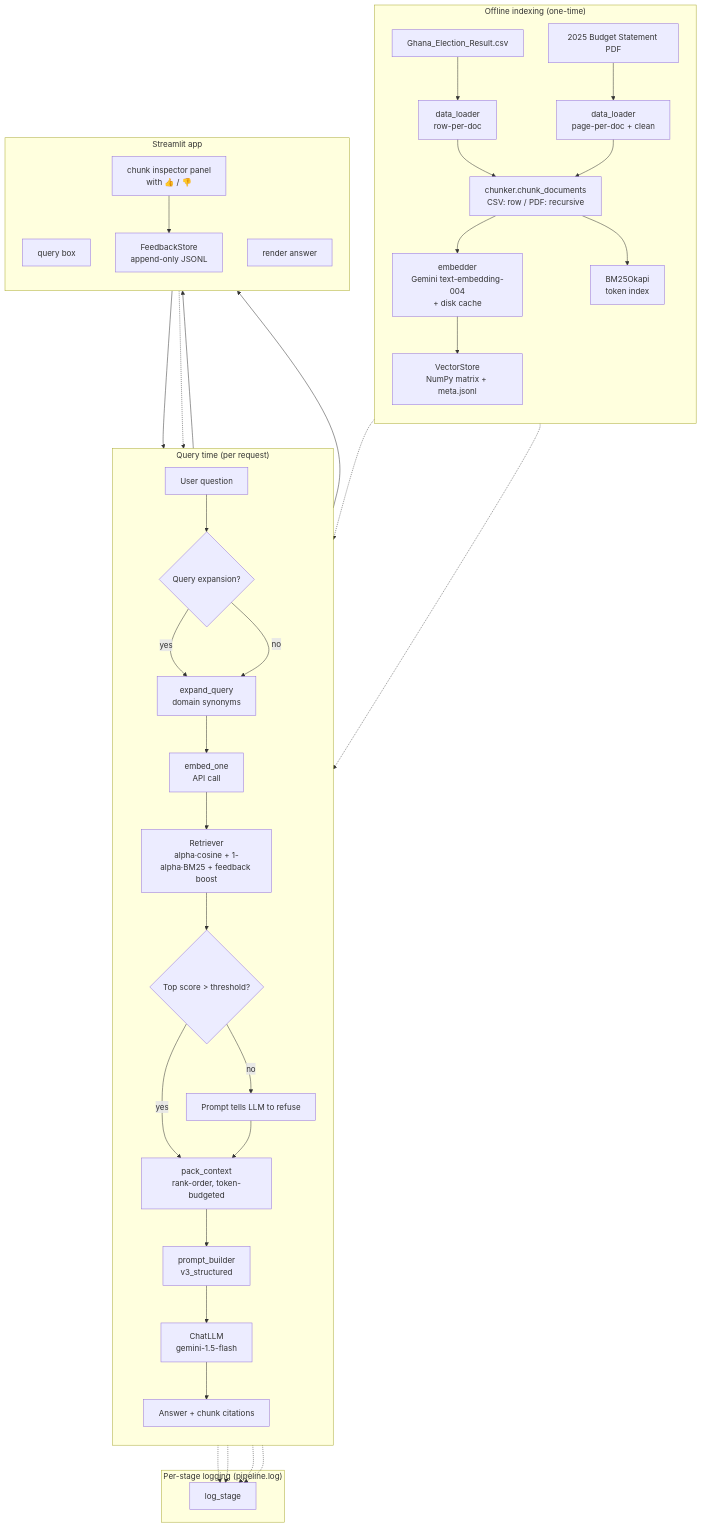
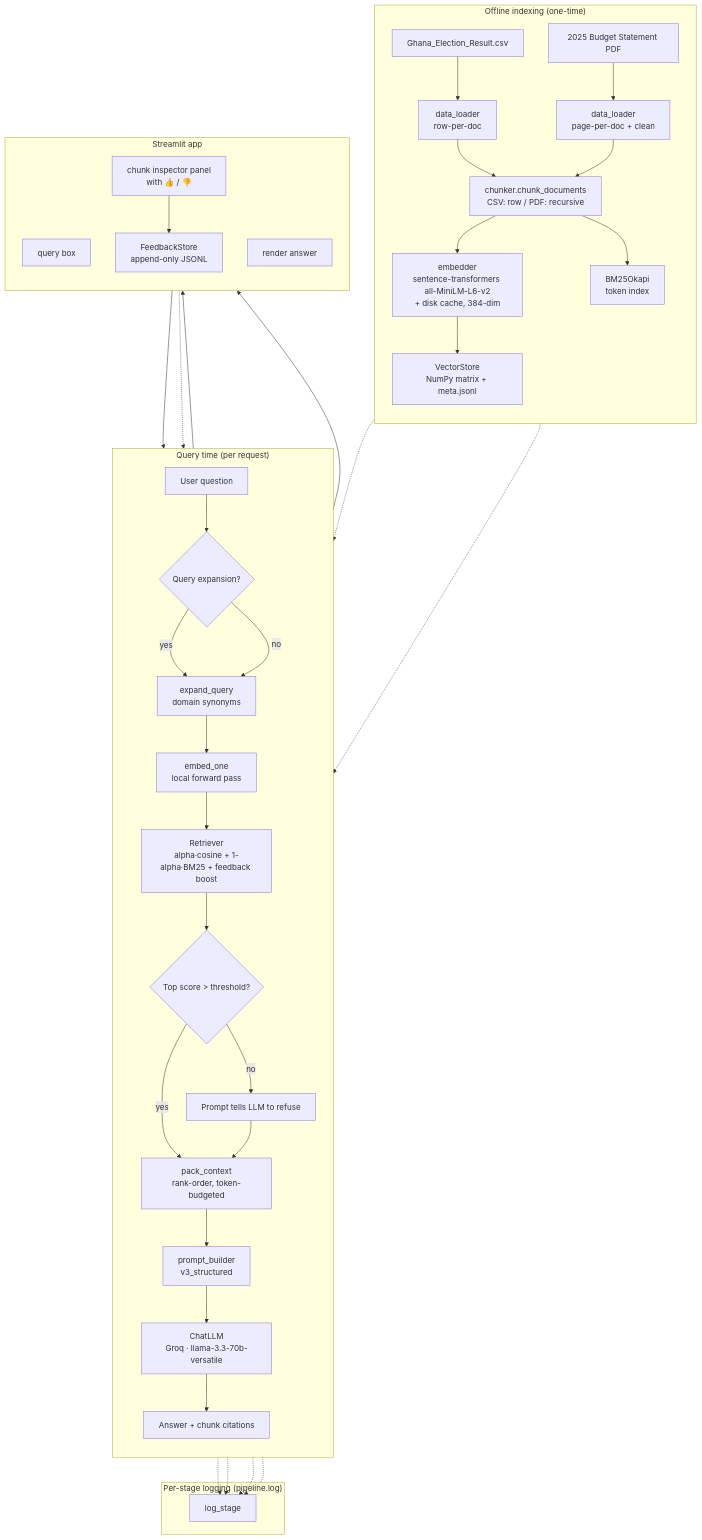
Before and after one commit to andrewkwakye/ai_10012300027: the diagram in docs/architecture.md, drawn with Mermaid. The commit also changed other lines of this file and 8 other files, not shown here.

Commit message:
Update README + docs for Groq + sentence-transformers stack

````diff
--- a/docs/architecture.md
+++ b/docs/architecture.md
@@ -11,47 +11,47 @@
 ```mermaid
 flowchart TB
     subgraph ING["Offline indexing (one-time)"]
         direction TB
         A1[Ghana_Election_Result.csv] --> B1[data_loader<br/>row-per-doc]
         A2[2025 Budget Statement PDF] --> B2[data_loader<br/>page-per-doc + clean]
         B1 --> C[chunker.chunk_documents<br/>CSV: row / PDF: recursive]
         B2 --> C
-        C --> D[embedder<br/>Gemini text-embedding-004<br/>+ disk cache]
+        C --> D[embedder<br/>sentence-transformers all-MiniLM-L6-v2<br/>+ disk cache, 384-dim]
         D --> E[VectorStore<br/>NumPy matrix + meta.jsonl]
         C --> F[BM25Okapi<br/>token index]
     end
 
     subgraph QUERY["Query time (per request)"]
         direction TB
         U[User question] --> QE{Query expansion?}
         QE -->|yes| Q1[expand_query<br/>domain synonyms]
         QE -->|no| Q1
-        Q1 --> EMB[embed_one<br/>API call]
+        Q1 --> EMB[embed_one<br/>local forward pass]
         EMB --> RET[Retriever<br/>alpha·cosine + 1-alpha·BM25 + feedback boost]
         F -.-> RET
         E -.-> RET
         RET --> GATE{Top score > threshold?}
         GATE -->|no| REFUSE[Prompt tells LLM to refuse]
         GATE -->|yes| PACK[pack_context<br/>rank-order, token-budgeted]
         REFUSE --> PACK
         PACK --> PT[prompt_builder<br/>v3_structured]
-        PT --> LLM[ChatLLM<br/>gemini-1.5-flash]
+        PT --> LLM[ChatLLM<br/>Groq · llama-3.3-70b-versatile]
         LLM --> ANS[Answer + chunk citations]
     end
 
     subgraph UI["Streamlit app"]
         direction TB
         INPUT[query box] --> U
         ANS --> OUT[render answer]
         RET --> CHUNKS[chunk inspector panel<br/>with 👍 / 👎]
         CHUNKS --> FB[FeedbackStore<br/>append-only JSONL]
         FB -.-> RET
     end
 
     subgraph LOG["Per-stage logging (pipeline.log)"]
         RET -.-> LG[log_stage]
         PACK -.-> LG
         PT -.-> LG
         LLM -.-> LG
     end
 ```
````
